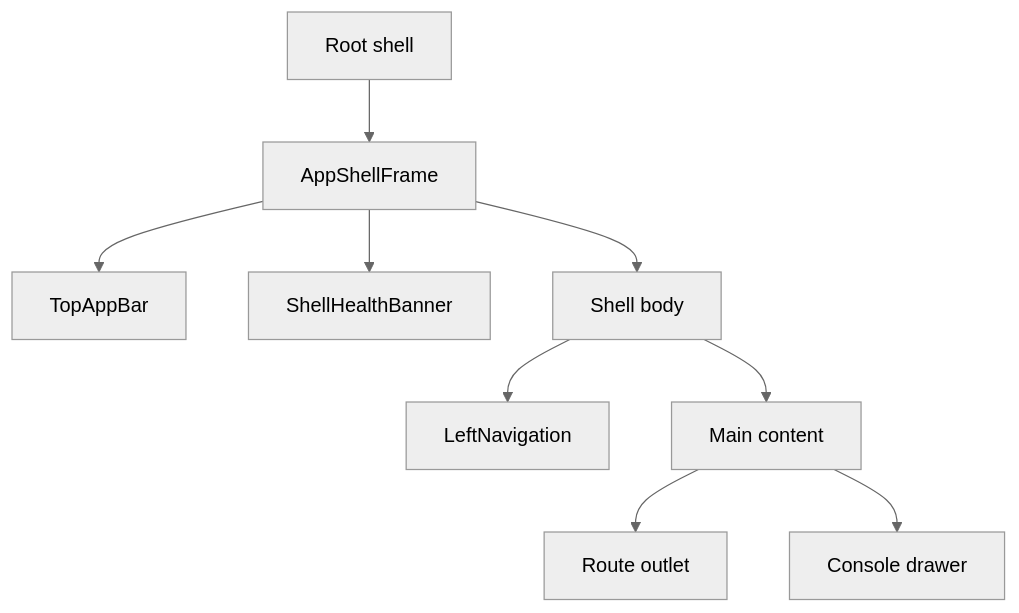
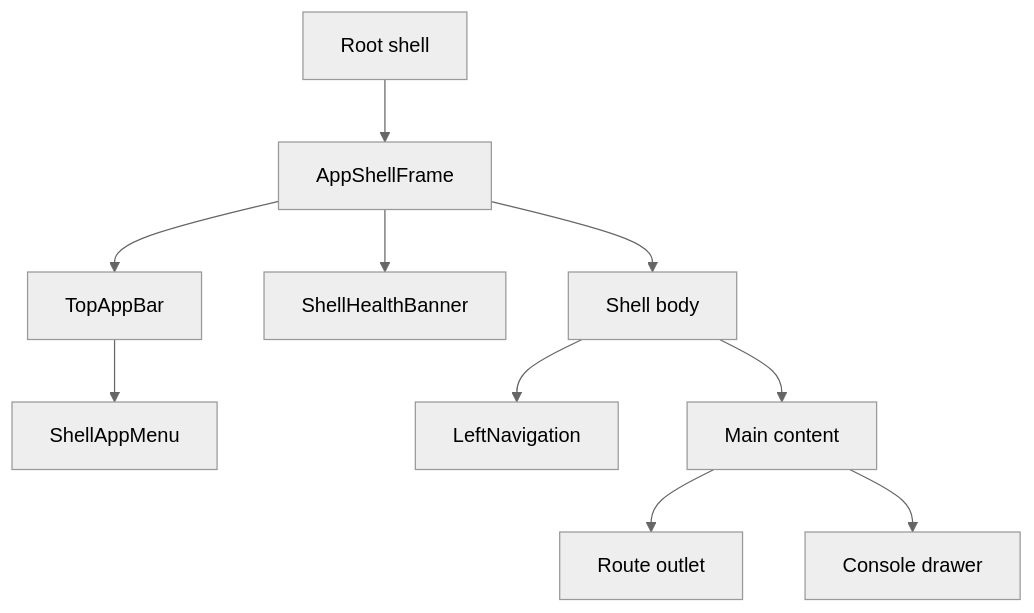
Before and after one commit to dunay2/dvt: the first of 9 diagrams in docs/architecture/components/web/appshell/app-shell.md, drawn with Mermaid (neutral theme). The commit also changed other lines of this file and 80 other files, not shown here.

````diff
--- a/docs/architecture/components/web/appshell/app-shell.md
+++ b/docs/architecture/components/web/appshell/app-shell.md
@@ -37,11 +39,12 @@
 ```mermaid
 flowchart TB
   Root["Root shell"] --> Frame["AppShellFrame"]
   Frame --> TopBar["TopAppBar"]
+  TopBar --> AppMenu["ShellAppMenu"]
   Frame --> Health["ShellHealthBanner"]
   Frame --> Body["Shell body"]
   Body --> Nav["LeftNavigation"]
   Body --> Main["Main content"]
   Main --> Outlet["Route outlet"]
   Main --> Console["Console drawer"]
 ```
````
